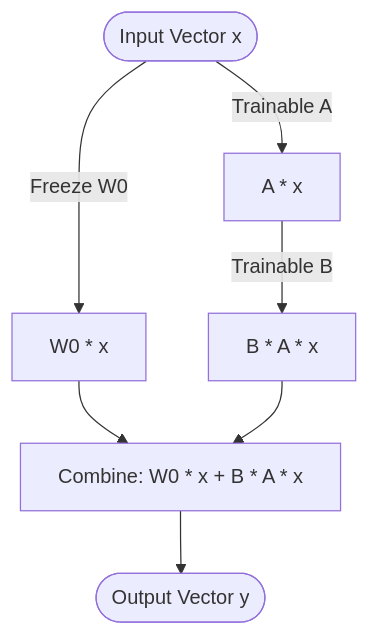
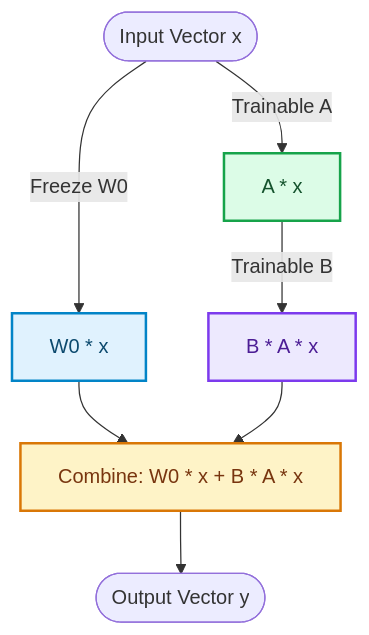
Before and after one commit to akmalkhaniub/akmalkhaniub.github.io: the diagram in blog/posts/slm-parameter-efficient-fine-tuning-lora-qlora.md, drawn with Mermaid. The commit also changed other lines of this file and 1291 other files, not shown here.

First line of the commit message:
feat(catalog): unique covers, scholarly references, and diagram palettes

````diff
--- a/blog/posts/slm-parameter-efficient-fine-tuning-lora-qlora.md
+++ b/blog/posts/slm-parameter-efficient-fine-tuning-lora-qlora.md
@@ -19,9 +19,19 @@
 ```mermaid
 flowchart TD
-  Input([Input Vector x]) --> |Freeze W0| BaseProduct[W0 * x]
-  Input --> |Trainable A| MatrixA[A * x]
-  MatrixA --> |Trainable B| MatrixB[B * A * x]
-  BaseProduct --> Sum[Combine: W0 * x + B * A * x]
+  Input([Input Vector x]) --> |Freeze W0| BaseProduct["W0 * x"]
+  Input --> |Trainable A| MatrixA["A * x"]
+  MatrixA --> |Trainable B| MatrixB["B * A * x"]
+  BaseProduct --> Sum["Combine: W0 * x + B * A * x"]
   MatrixB --> Sum
   Sum --> Output([Output Vector y])
+
+classDef green fill:#dcfce7,stroke:#16a34a,stroke-width:2px,color:#14532d;
+classDef red fill:#fee2e2,stroke:#dc2626,stroke-width:2px,color:#7f1d1d;
+classDef blue fill:#e0f2fe,stroke:#0284c7,stroke-width:2px,color:#0c4a6e;
+classDef yellow fill:#fef3c7,stroke:#d97706,stroke-width:2px,color:#78350f;
+classDef purple fill:#ede9fe,stroke:#7c3aed,stroke-width:2px,color:#4c1d95;
+class BaseProduct blue
+class MatrixA green
+class MatrixB purple
+class Sum yellow
 ```
````
